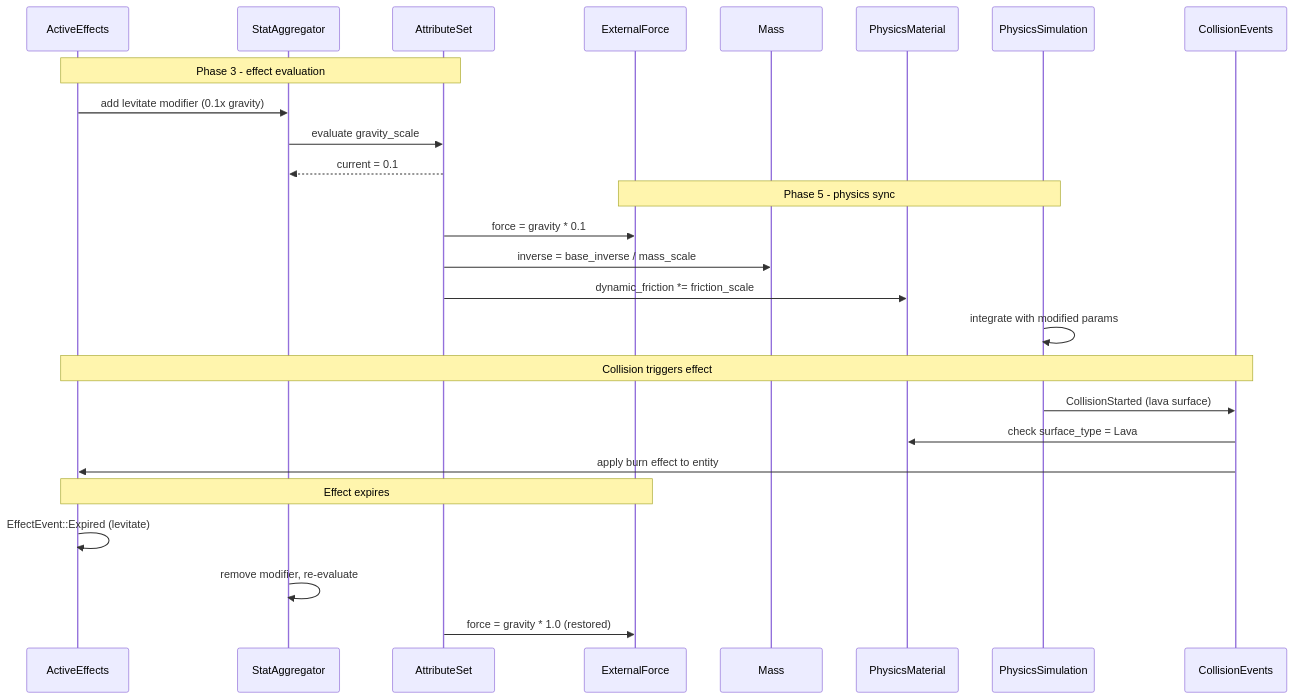
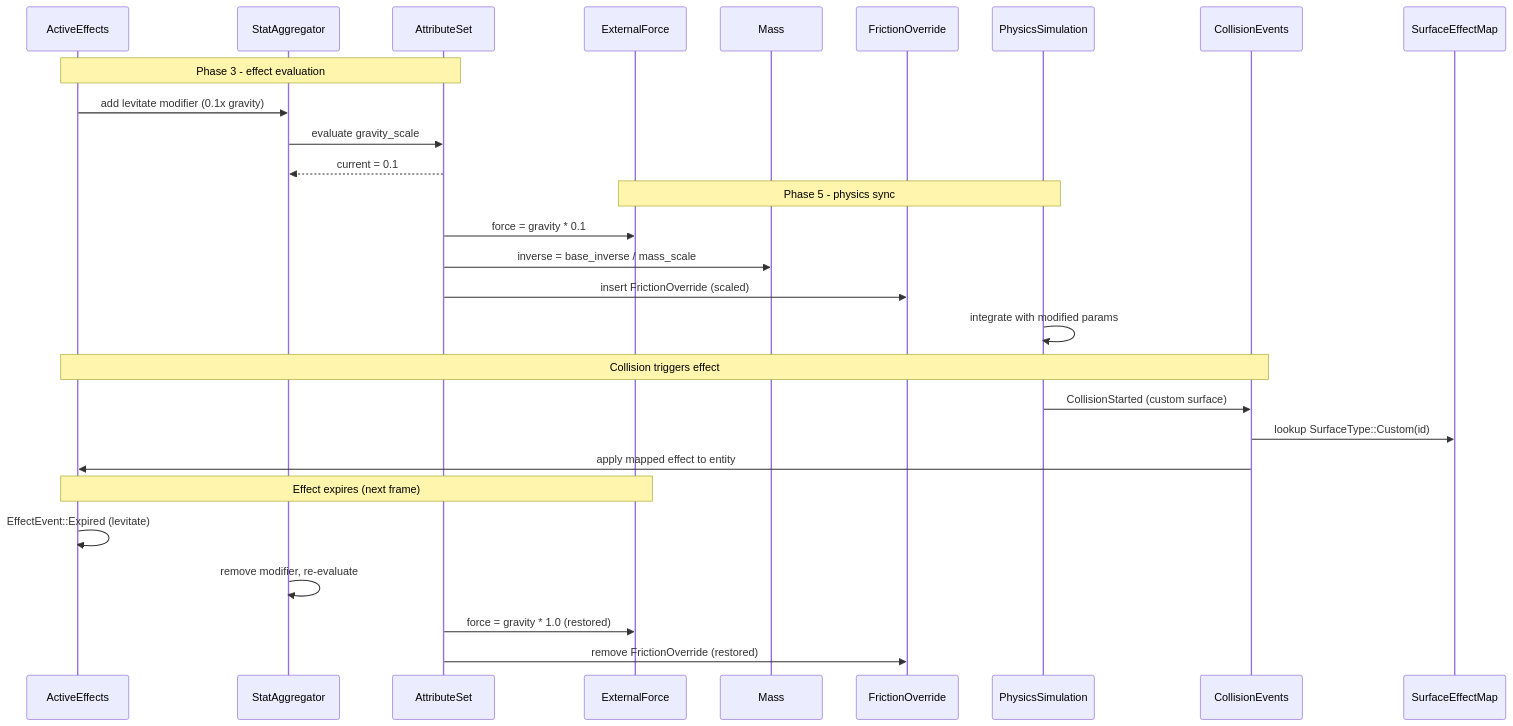
One commit to harmonius-dev/harmonius changed the diagram in docs/design/integration/attributes-effects-physics.md. Above: the diagram before and after it, drawn with Mermaid. The commit also changed other lines of this file and 57 other files, not shown here.

````diff
--- a/docs/design/integration/attributes-effects-physics.md
+++ b/docs/design/integration/attributes-effects-physics.md
@@ -84,32 +130,34 @@
 ```mermaid
 sequenceDiagram
     participant FX as ActiveEffects
     participant SA as StatAggregator
     participant AS as AttributeSet
     participant EF as ExternalForce
     participant MA as Mass
-    participant PM as PhysicsMaterial
+    participant FO as FrictionOverride
     participant PS as PhysicsSimulation
     participant CE as CollisionEvents
+    participant SM as SurfaceEffectMap
 
     Note over FX,AS: Phase 3 - effect evaluation
     FX->>SA: add levitate modifier (0.1x gravity)
     SA->>AS: evaluate gravity_scale
     AS-->>SA: current = 0.1
 
     Note over EF,PS: Phase 5 - physics sync
     AS->>EF: force = gravity * 0.1
     AS->>MA: inverse = base_inverse / mass_scale
-    AS->>PM: dynamic_friction *= friction_scale
+    AS->>FO: insert FrictionOverride (scaled)
     PS->>PS: integrate with modified params
 
     Note over CE,FX: Collision triggers effect
-    PS->>CE: CollisionStarted (lava surface)
-    CE->>PM: check surface_type = Lava
-    CE->>FX: apply burn effect to entity
+    PS->>CE: CollisionStarted (custom surface)
+    CE->>SM: lookup SurfaceType::Custom(id)
+    CE->>FX: apply mapped effect to entity
 
-    Note over FX,EF: Effect expires
+    Note over FX,EF: Effect expires (next frame)
     FX->>FX: EffectEvent::Expired (levitate)
     SA->>SA: remove modifier, re-evaluate
     AS->>EF: force = gravity * 1.0 (restored)
+    AS->>FO: remove FrictionOverride (restored)
 ```
````
